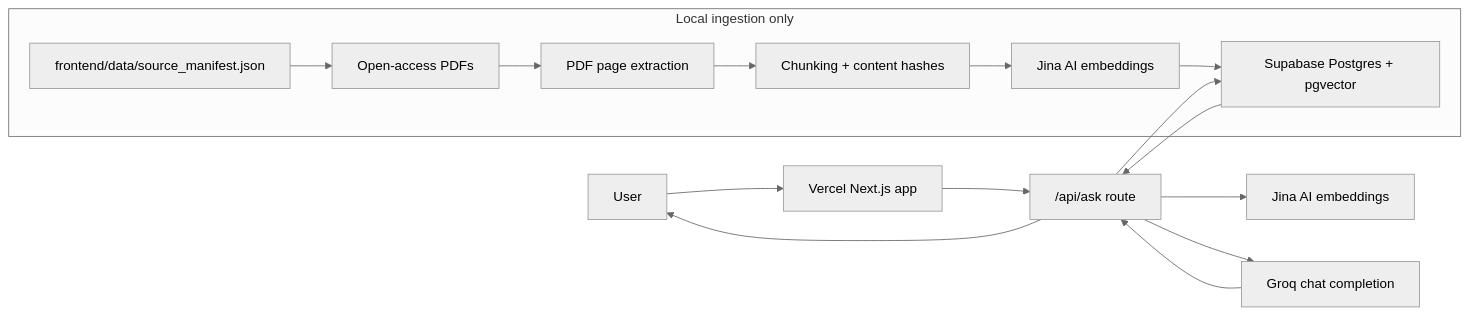
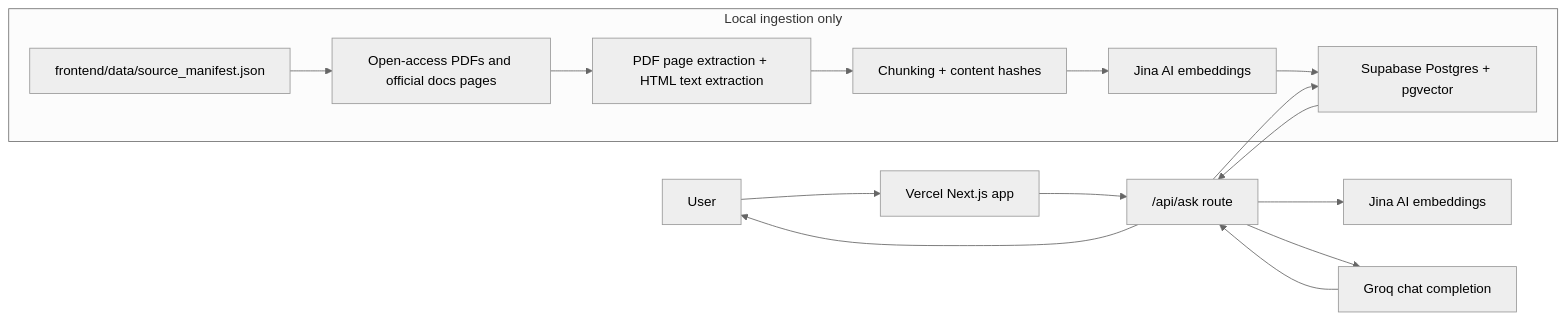
Before and after one commit to Shreevikas-BJ/ml-course-document-rag: the diagram in README.md, drawn with Mermaid (neutral theme). The commit also changed other lines of this file and 7 other files, not shown here.

````diff
--- a/README.md
+++ b/README.md
@@ -9,19 +9,19 @@
 ```mermaid
 flowchart LR
   User["User"] --> Vercel["Vercel Next.js app"]
   Vercel --> Route["/api/ask route"]
   Route --> Jina["Jina AI embeddings"]
   Route --> Supabase["Supabase Postgres + pgvector"]
   Supabase --> Route
   Route --> Groq["Groq chat completion"]
   Groq --> Route
   Route --> User
 
   subgraph Local["Local ingestion only"]
-    Manifest["frontend/data/source_manifest.json"] --> PDFs["Open-access PDFs"]
-    PDFs --> Extract["PDF page extraction"]
+    Manifest["frontend/data/source_manifest.json"] --> Sources["Open-access PDFs and official docs pages"]
+    Sources --> Extract["PDF page extraction + HTML text extraction"]
     Extract --> Chunks["Chunking + content hashes"]
     Chunks --> IngestEmbeddings["Jina AI embeddings"]
     IngestEmbeddings --> Supabase
   end
 ```
````
